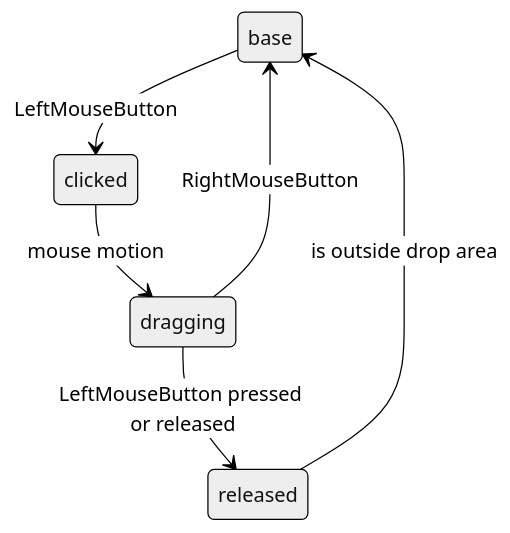
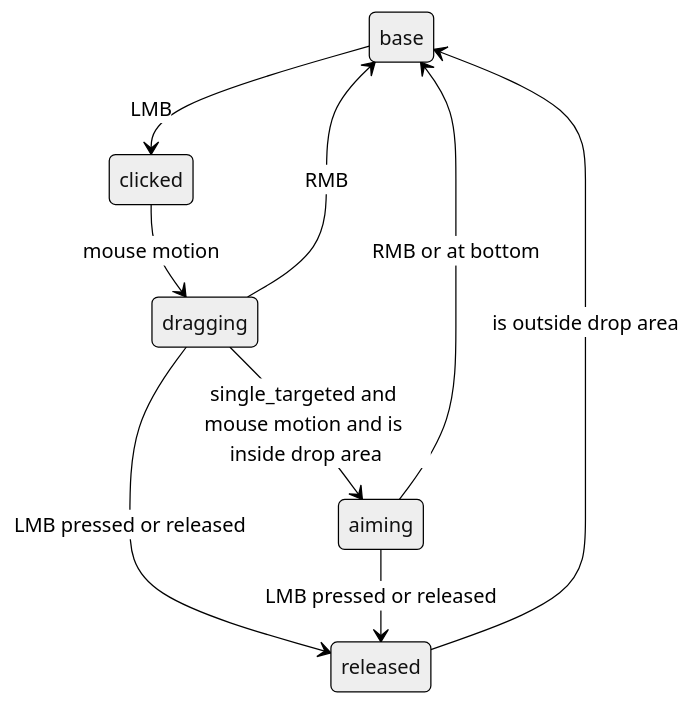
One commit to recursionBlack/SlaythespireCopy changed the diagram in mermaid/卡牌ui状态机.md. Above: the diagram before and after it, drawn with Mermaid (neutral theme). The commit also changed 19 other files, not shown here.

````diff
--- a/mermaid/卡牌ui状态机.md
+++ b/mermaid/卡牌ui状态机.md
@@ -1,13 +1,17 @@
 ```mermaid
 stateDiagram-v2
     base : base
     clicked : clicked
     dragging : dragging
     released : released
+    aiming : aiming
 
-    base --> clicked : LeftMouseButton
+    base --> clicked : LMB
     clicked --> dragging : mouse motion
-    dragging --> released : LeftMouseButton pressed or released
+    dragging --> released : LMB pressed or released
     released --> base : is outside drop area
-    dragging --> base : RightMouseButton
+    dragging --> base : RMB
+    dragging --> aiming : single_targeted and mouse motion and is inside drop area
+    aiming --> released : LMB pressed or released
+    aiming --> base : RMB or at bottom
 ```
````
